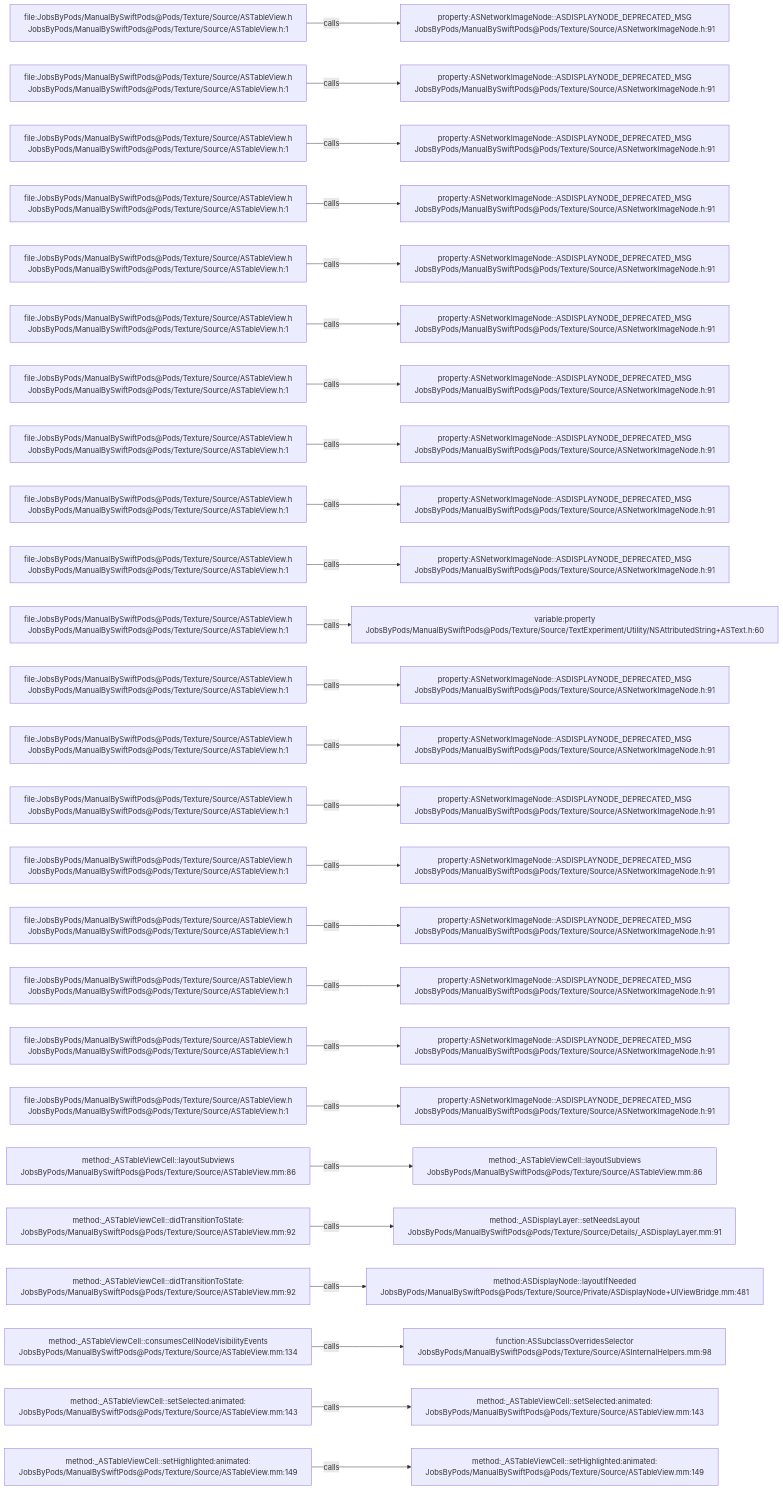
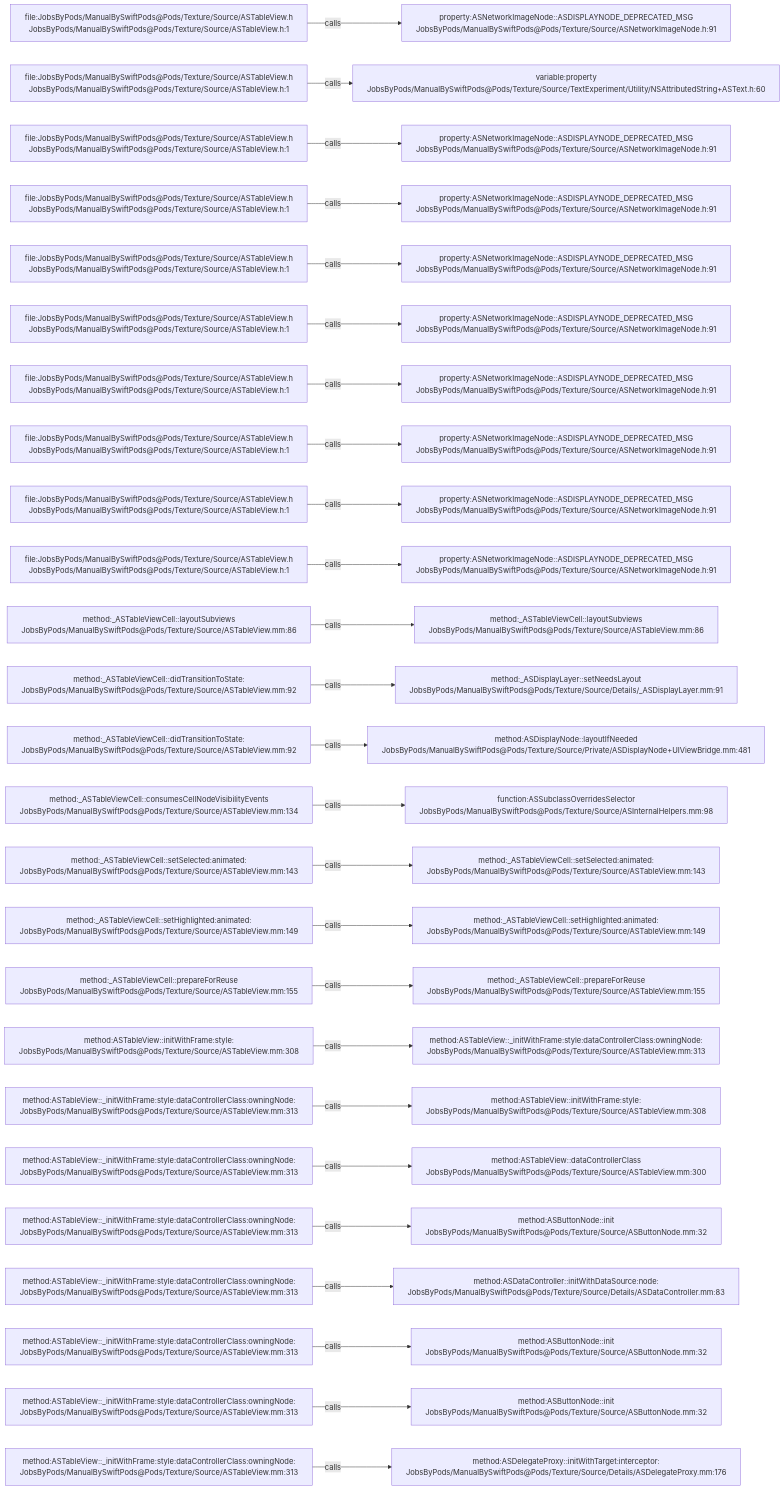
One commit to JobsKits/JobsSwiftBaseConfigDemo changed the diagram in .codegraph/codegraph.md/graphs/calls-058.md. Above: the diagram before and after it, drawn with Mermaid. The commit also changed 707 other files, not shown here.

````diff
--- a/.codegraph/codegraph.md/graphs/calls-058.md
+++ b/.codegraph/codegraph.md/graphs/calls-058.md
@@ -13,78 +13,78 @@
 ```mermaid
 flowchart LR
   S1["file:JobsByPods/ManualBySwiftPods@Pods/Texture/Source/ASTableView.h<br/>JobsByPods/ManualBySwiftPods@Pods/Texture/Source/ASTableView.h:1"]
   T1["property:ASNetworkImageNode::ASDISPLAYNODE_DEPRECATED_MSG<br/>JobsByPods/ManualBySwiftPods@Pods/Texture/Source/ASNetworkImageNode.h:91"]
   S1 -->|calls| T1
   S2["file:JobsByPods/ManualBySwiftPods@Pods/Texture/Source/ASTableView.h<br/>JobsByPods/ManualBySwiftPods@Pods/Texture/Source/ASTableView.h:1"]
-  T2["property:ASNetworkImageNode::ASDISPLAYNODE_DEPRECATED_MSG<br/>JobsByPods/ManualBySwiftPods@Pods/Texture/Source/ASNetworkImageNode.h:91"]
+  T2["variable:property<br/>JobsByPods/ManualBySwiftPods@Pods/Texture/Source/TextExperiment/Utility/NSAttributedString+ASText.h:60"]
   S2 -->|calls| T2
   S3["file:JobsByPods/ManualBySwiftPods@Pods/Texture/Source/ASTableView.h<br/>JobsByPods/ManualBySwiftPods@Pods/Texture/Source/ASTableView.h:1"]
   T3["property:ASNetworkImageNode::ASDISPLAYNODE_DEPRECATED_MSG<br/>JobsByPods/ManualBySwiftPods@Pods/Texture/Source/ASNetworkImageNode.h:91"]
   S3 -->|calls| T3
   S4["file:JobsByPods/ManualBySwiftPods@Pods/Texture/Source/ASTableView.h<br/>JobsByPods/ManualBySwiftPods@Pods/Texture/Source/ASTableView.h:1"]
   T4["property:ASNetworkImageNode::ASDISPLAYNODE_DEPRECATED_MSG<br/>JobsByPods/ManualBySwiftPods@Pods/Texture/Source/ASNetworkImageNode.h:91"]
   S4 -->|calls| T4
   S5["file:JobsByPods/ManualBySwiftPods@Pods/Texture/Source/ASTableView.h<br/>JobsByPods/ManualBySwiftPods@Pods/Texture/Source/ASTableView.h:1"]
   T5["property:ASNetworkImageNode::ASDISPLAYNODE_DEPRECATED_MSG<br/>JobsByPods/ManualBySwiftPods@Pods/Texture/Source/ASNetworkImageNode.h:91"]
   S5 -->|calls| T5
   S6["file:JobsByPods/ManualBySwiftPods@Pods/Texture/Source/ASTableView.h<br/>JobsByPods/ManualBySwiftPods@Pods/Texture/Source/ASTableView.h:1"]
   T6["property:ASNetworkImageNode::ASDISPLAYNODE_DEPRECATED_MSG<br/>JobsByPods/ManualBySwiftPods@Pods/Texture/Source/ASNetworkImageNode.h:91"]
   S6 -->|calls| T6
   S7["file:JobsByPods/ManualBySwiftPods@Pods/Texture/Source/ASTableView.h<br/>JobsByPods/ManualBySwiftPods@Pods/Texture/Source/ASTableView.h:1"]
   T7["property:ASNetworkImageNode::ASDISPLAYNODE_DEPRECATED_MSG<br/>JobsByPods/ManualBySwiftPods@Pods/Texture/Source/ASNetworkImageNode.h:91"]
   S7 -->|calls| T7
   S8["file:JobsByPods/ManualBySwiftPods@Pods/Texture/Source/ASTableView.h<br/>JobsByPods/ManualBySwiftPods@Pods/Texture/Source/ASTableView.h:1"]
   T8["property:ASNetworkImageNode::ASDISPLAYNODE_DEPRECATED_MSG<br/>JobsByPods/ManualBySwiftPods@Pods/Texture/Source/ASNetworkImageNode.h:91"]
   S8 -->|calls| T8
   S9["file:JobsByPods/ManualBySwiftPods@Pods/Texture/Source/ASTableView.h<br/>JobsByPods/ManualBySwiftPods@Pods/Texture/Source/ASTableView.h:1"]
   T9["property:ASNetworkImageNode::ASDISPLAYNODE_DEPRECATED_MSG<br/>JobsByPods/ManualBySwiftPods@Pods/Texture/Source/ASNetworkImageNode.h:91"]
   S9 -->|calls| T9
   S10["file:JobsByPods/ManualBySwiftPods@Pods/Texture/Source/ASTableView.h<br/>JobsByPods/ManualBySwiftPods@Pods/Texture/Source/ASTableView.h:1"]
   T10["property:ASNetworkImageNode::ASDISPLAYNODE_DEPRECATED_MSG<br/>JobsByPods/ManualBySwiftPods@Pods/Texture/Source/ASNetworkImageNode.h:91"]
   S10 -->|calls| T10
-  S11["file:JobsByPods/ManualBySwiftPods@Pods/Texture/Source/ASTableView.h<br/>JobsByPods/ManualBySwiftPods@Pods/Texture/Source/ASTableView.h:1"]
-  T11["variable:property<br/>JobsByPods/ManualBySwiftPods@Pods/Texture/Source/TextExperiment/Utility/NSAttributedString+ASText.h:60"]
+  S11["method:_ASTableViewCell::layoutSubviews<br/>JobsByPods/ManualBySwiftPods@Pods/Texture/Source/ASTableView.mm:86"]
+  T11["method:_ASTableViewCell::layoutSubviews<br/>JobsByPods/ManualBySwiftPods@Pods/Texture/Source/ASTableView.mm:86"]
   S11 -->|calls| T11
-  S12["file:JobsByPods/ManualBySwiftPods@Pods/Texture/Source/ASTableView.h<br/>JobsByPods/ManualBySwiftPods@Pods/Texture/Source/ASTableView.h:1"]
-  T12["property:ASNetworkImageNode::ASDISPLAYNODE_DEPRECATED_MSG<br/>JobsByPods/ManualBySwiftPods@Pods/Texture/Source/ASNetworkImageNode.h:91"]
+  S12["method:_ASTableViewCell::didTransitionToState:<br/>JobsByPods/ManualBySwiftPods@Pods/Texture/Source/ASTableView.mm:92"]
+  T12["method:_ASDisplayLayer::setNeedsLayout<br/>JobsByPods/ManualBySwiftPods@Pods/Texture/Source/Details/_ASDisplayLayer.mm:91"]
   S12 -->|calls| T12
-  S13["file:JobsByPods/ManualBySwiftPods@Pods/Texture/Source/ASTableView.h<br/>JobsByPods/ManualBySwiftPods@Pods/Texture/Source/ASTableView.h:1"]
-  T13["property:ASNetworkImageNode::ASDISPLAYNODE_DEPRECATED_MSG<br/>JobsByPods/ManualBySwiftPods@Pods/Texture/Source/ASNetworkImageNode.h:91"]
+  S13["method:_ASTableViewCell::didTransitionToState:<br/>JobsByPods/ManualBySwiftPods@Pods/Texture/Source/ASTableView.mm:92"]
+  T13["method:ASDisplayNode::layoutIfNeeded<br/>JobsByPods/ManualBySwiftPods@Pods/Texture/Source/Private/ASDisplayNode+UIViewBridge.mm:481"]
   S13 -->|calls| T13
-  S14["file:JobsByPods/ManualBySwiftPods@Pods/Texture/Source/ASTableView.h<br/>JobsByPods/ManualBySwiftPods@Pods/Texture/Source/ASTableView.h:1"]
-  T14["property:ASNetworkImageNode::ASDISPLAYNODE_DEPRECATED_MSG<br/>JobsByPods/ManualBySwiftPods@Pods/Texture/Source/ASNetworkImageNode.h:91"]
+  S14["method:_ASTableViewCell::consumesCellNodeVisibilityEvents<br/>JobsByPods/ManualBySwiftPods@Pods/Texture/Source/ASTableView.mm:134"]
+  T14["function:ASSubclassOverridesSelector<br/>JobsByPods/ManualBySwiftPods@Pods/Texture/Source/ASInternalHelpers.mm:98"]
   S14 -->|calls| T14
-  S15["file:JobsByPods/ManualBySwiftPods@Pods/Texture/Source/ASTableView.h<br/>JobsByPods/ManualBySwiftPods@Pods/Texture/Source/ASTableView.h:1"]
-  T15["property:ASNetworkImageNode::ASDISPLAYNODE_DEPRECATED_MSG<br/>JobsByPods/ManualBySwiftPods@Pods/Texture/Source/ASNetworkImageNode.h:91"]
+  S15["method:_ASTableViewCell::setSelected:animated:<br/>JobsByPods/ManualBySwiftPods@Pods/Texture/Source/ASTableView.mm:143"]
+  T15["method:_ASTableViewCell::setSelected:animated:<br/>JobsByPods/ManualBySwiftPods@Pods/Texture/Source/ASTableView.mm:143"]
   S15 -->|calls| T15
-  S16["file:JobsByPods/ManualBySwiftPods@Pods/Texture/Source/ASTableView.h<br/>JobsByPods/ManualBySwiftPods@Pods/Texture/Source/ASTableView.h:1"]
-  T16["property:ASNetworkImageNode::ASDISPLAYNODE_DEPRECATED_MSG<br/>JobsByPods/ManualBySwiftPods@Pods/Texture/Source/ASNetworkImageNode.h:91"]
+  S16["method:_ASTableViewCell::setHighlighted:animated:<br/>JobsByPods/ManualBySwiftPods@Pods/Texture/Source/ASTableView.mm:149"]
+  T16["method:_ASTableViewCell::setHighlighted:animated:<br/>JobsByPods/ManualBySwiftPods@Pods/Texture/Source/ASTableView.mm:149"]
   S16 -->|calls| T16
-  S17["file:JobsByPods/ManualBySwiftPods@Pods/Texture/Source/ASTableView.h<br/>JobsByPods/ManualBySwiftPods@Pods/Texture/Source/ASTableView.h:1"]
-  T17["property:ASNetworkImageNode::ASDISPLAYNODE_DEPRECATED_MSG<br/>JobsByPods/ManualBySwiftPods@Pods/Texture/Source/ASNetworkImageNode.h:91"]
+  S17["method:_ASTableViewCell::prepareForReuse<br/>JobsByPods/ManualBySwiftPods@Pods/Texture/Source/ASTableView.mm:155"]
+  T17["method:_ASTableViewCell::prepareForReuse<br/>JobsByPods/ManualBySwiftPods@Pods/Texture/Source/ASTableView.mm:155"]
   S17 -->|calls| T17
-  S18["file:JobsByPods/ManualBySwiftPods@Pods/Texture/Source/ASTableView.h<br/>JobsByPods/ManualBySwiftPods@Pods/Texture/Source/ASTableView.h:1"]
-  T18["property:ASNetworkImageNode::ASDISPLAYNODE_DEPRECATED_MSG<br/>JobsByPods/ManualBySwiftPods@Pods/Texture/Source/ASNetworkImageNode.h:91"]
+  S18["method:ASTableView::initWithFrame:style:<br/>JobsByPods/ManualBySwiftPods@Pods/Texture/Source/ASTableView.mm:308"]
+  T18["method:ASTableView::_initWithFrame:style:dataControllerClass:owningNode:<br/>JobsByPods/ManualBySwiftPods@Pods/Texture/Source/ASTableView.mm:313"]
   S18 -->|calls| T18
-  S19["file:JobsByPods/ManualBySwiftPods@Pods/Texture/Source/ASTableView.h<br/>JobsByPods/ManualBySwiftPods@Pods/Texture/Source/ASTableView.h:1"]
-  T19["property:ASNetworkImageNode::ASDISPLAYNODE_DEPRECATED_MSG<br/>JobsByPods/ManualBySwiftPods@Pods/Texture/Source/ASNetworkImageNode.h:91"]
+  S19["method:ASTableView::_initWithFrame:style:dataControllerClass:owningNode:<br/>JobsByPods/ManualBySwiftPods@Pods/Texture/Source/ASTableView.mm:313"]
+  T19["method:ASTableView::initWithFrame:style:<br/>JobsByPods/ManualBySwiftPods@Pods/Texture/Source/ASTableView.mm:308"]
   S19 -->|calls| T19
-  S20["method:_ASTableViewCell::layoutSubviews<br/>JobsByPods/ManualBySwiftPods@Pods/Texture/Source/ASTableView.mm:86"]
-  T20["method:_ASTableViewCell::layoutSubviews<br/>JobsByPods/ManualBySwiftPods@Pods/Texture/Source/ASTableView.mm:86"]
+  S20["method:ASTableView::_initWithFrame:style:dataControllerClass:owningNode:<br/>JobsByPods/ManualBySwiftPods@Pods/Texture/Source/ASTableView.mm:313"]
+  T20["method:ASTableView::dataControllerClass<br/>JobsByPods/ManualBySwiftPods@Pods/Texture/Source/ASTableView.mm:300"]
   S20 -->|calls| T20
-  S21["method:_ASTableViewCell::didTransitionToState:<br/>JobsByPods/ManualBySwiftPods@Pods/Texture/Source/ASTableView.mm:92"]
-  T21["method:_ASDisplayLayer::setNeedsLayout<br/>JobsByPods/ManualBySwiftPods@Pods/Texture/Source/Details/_ASDisplayLayer.mm:91"]
+  S21["method:ASTableView::_initWithFrame:style:dataControllerClass:owningNode:<br/>JobsByPods/ManualBySwiftPods@Pods/Texture/Source/ASTableView.mm:313"]
+  T21["method:ASButtonNode::init<br/>JobsByPods/ManualBySwiftPods@Pods/Texture/Source/ASButtonNode.mm:32"]
   S21 -->|calls| T21
-  S22["method:_ASTableViewCell::didTransitionToState:<br/>JobsByPods/ManualBySwiftPods@Pods/Texture/Source/ASTableView.mm:92"]
-  T22["method:ASDisplayNode::layoutIfNeeded<br/>JobsByPods/ManualBySwiftPods@Pods/Texture/Source/Private/ASDisplayNode+UIViewBridge.mm:481"]
+  S22["method:ASTableView::_initWithFrame:style:dataControllerClass:owningNode:<br/>JobsByPods/ManualBySwiftPods@Pods/Texture/Source/ASTableView.mm:313"]
+  T22["method:ASDataController::initWithDataSource:node:<br/>JobsByPods/ManualBySwiftPods@Pods/Texture/Source/Details/ASDataController.mm:83"]
   S22 -->|calls| T22
-  S23["method:_ASTableViewCell::consumesCellNodeVisibilityEvents<br/>JobsByPods/ManualBySwiftPods@Pods/Texture/Source/ASTableView.mm:134"]
-  T23["function:ASSubclassOverridesSelector<br/>JobsByPods/ManualBySwiftPods@Pods/Texture/Source/ASInternalHelpers.mm:98"]
+  S23["method:ASTableView::_initWithFrame:style:dataControllerClass:owningNode:<br/>JobsByPods/ManualBySwiftPods@Pods/Texture/Source/ASTableView.mm:313"]
+  T23["method:ASButtonNode::init<br/>JobsByPods/ManualBySwiftPods@Pods/Texture/Source/ASButtonNode.mm:32"]
   S23 -->|calls| T23
-  S24["method:_ASTableViewCell::setSelected:animated:<br/>JobsByPods/ManualBySwiftPods@Pods/Texture/Source/ASTableView.mm:143"]
-  T24["method:_ASTableViewCell::setSelected:animated:<br/>JobsByPods/ManualBySwiftPods@Pods/Texture/Source/ASTableView.mm:143"]
+  S24["method:ASTableView::_initWithFrame:style:dataControllerClass:owningNode:<br/>JobsByPods/ManualBySwiftPods@Pods/Texture/Source/ASTableView.mm:313"]
+  T24["method:ASButtonNode::init<br/>JobsByPods/ManualBySwiftPods@Pods/Texture/Source/ASButtonNode.mm:32"]
   S24 -->|calls| T24
-  S25["method:_ASTableViewCell::setHighlighted:animated:<br/>JobsByPods/ManualBySwiftPods@Pods/Texture/Source/ASTableView.mm:149"]
-  T25["method:_ASTableViewCell::setHighlighted:animated:<br/>JobsByPods/ManualBySwiftPods@Pods/Texture/Source/ASTableView.mm:149"]
+  S25["method:ASTableView::_initWithFrame:style:dataControllerClass:owningNode:<br/>JobsByPods/ManualBySwiftPods@Pods/Texture/Source/ASTableView.mm:313"]
+  T25["method:ASDelegateProxy::initWithTarget:interceptor:<br/>JobsByPods/ManualBySwiftPods@Pods/Texture/Source/Details/ASDelegateProxy.mm:176"]
   S25 -->|calls| T25
 ```
````
